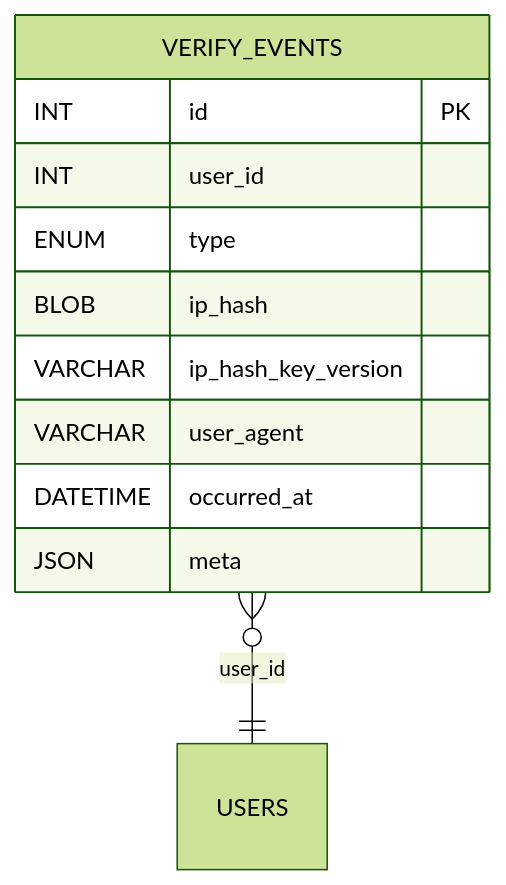
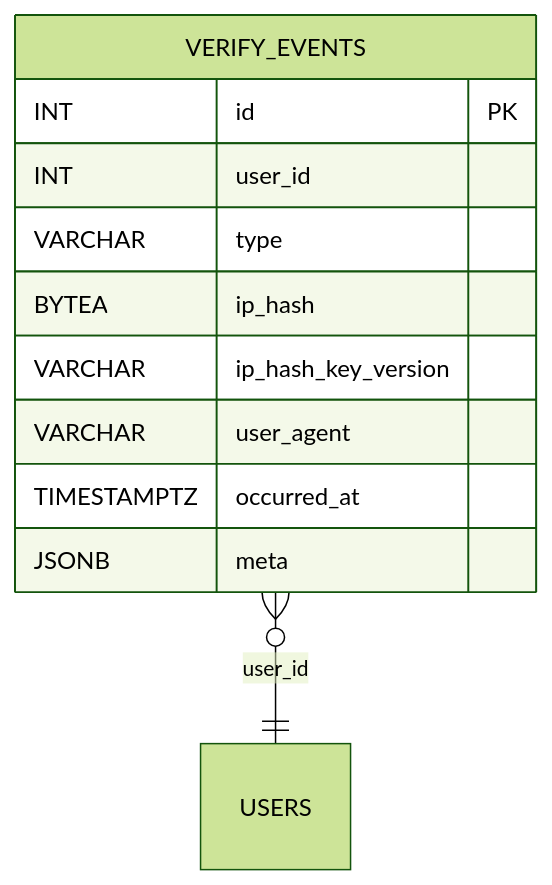
One commit to blackcatdatabase/table-verify-events changed the diagram in README.md. Above: the diagram before and after it, drawn with Mermaid (forest theme). The commit also changed other lines of this file and 26 other files, not shown here.

First line of the commit message:
Regen schema (#1)

````diff
--- a/README.md
+++ b/README.md
@@ -54,14 +57,14 @@
 ```mermaid
 erDiagram
   VERIFY_EVENTS {
     INT id PK
     INT user_id
-    ENUM type
-    BLOB ip_hash
+    VARCHAR type
+    BYTEA ip_hash
     VARCHAR ip_hash_key_version
     VARCHAR user_agent
-    DATETIME occurred_at
-    JSON meta
+    TIMESTAMPTZ occurred_at
+    JSONB meta
   }
   VERIFY_EVENTS }o--|| USERS : "user_id"
 ```
````
